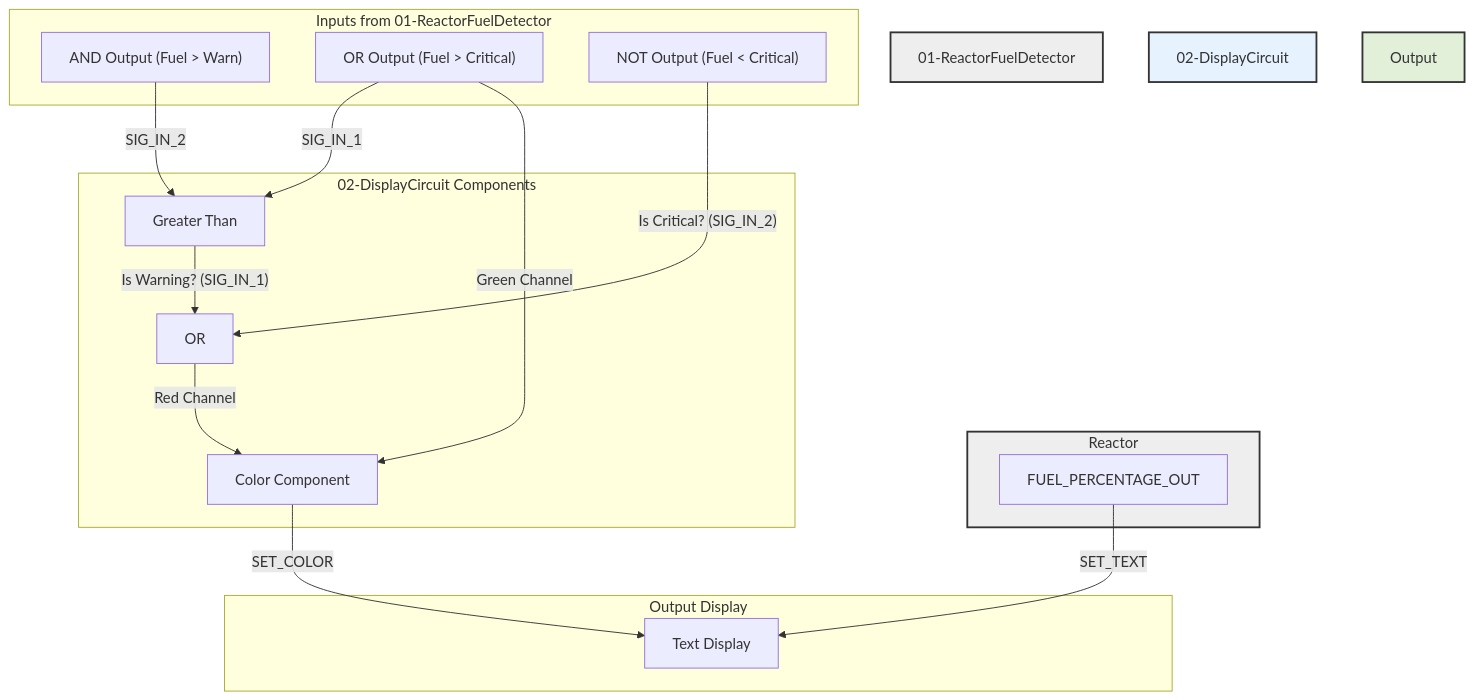
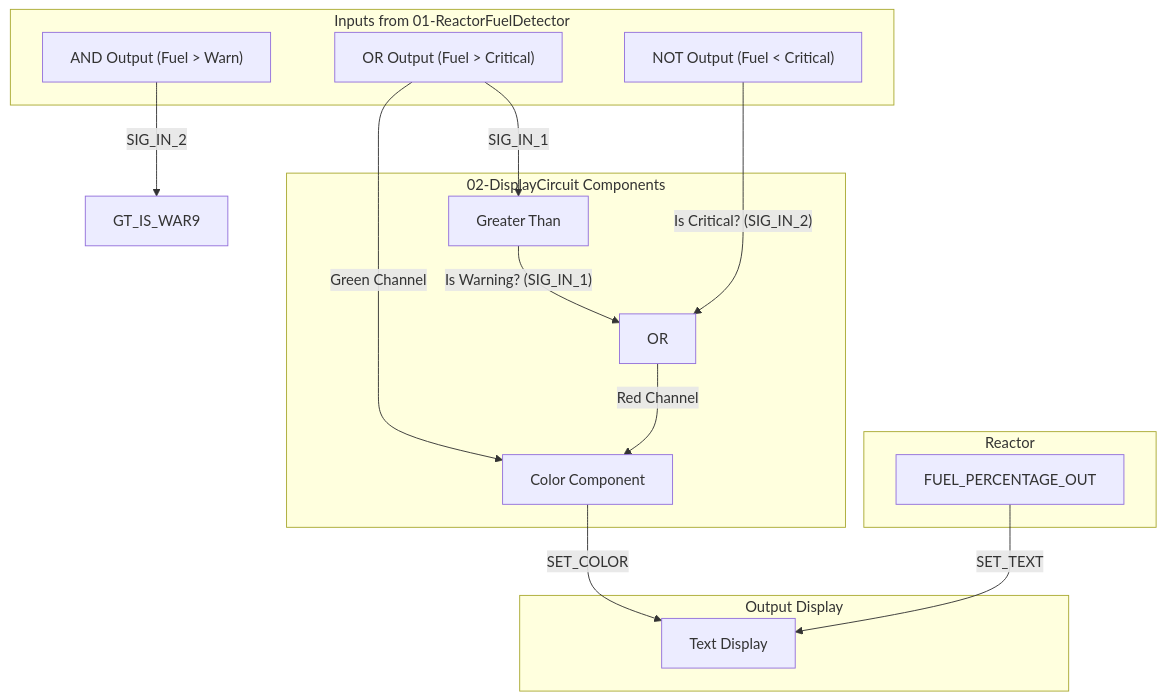
Before and after one commit to Xavrax/barotrauma: the diagram in summer_2k25_0/02-ReactorFuelDisplay.md, drawn with Mermaid.

Commit message:
remove styles

````diff
--- a/summer_2k25_0/02-ReactorFuelDisplay.md
+++ b/summer_2k25_0/02-ReactorFuelDisplay.md
@@ -45,39 +45,35 @@
 ```mermaid
 graph TD
     subgraph "Inputs from 01-ReactorFuelDetector"
-        style 01-ReactorFuelDetector fill:#eee,stroke:#333,stroke-width:2px
         IN_AND["AND Output (Fuel > Warn)"]
         IN_OR["OR Output (Fuel > Critical)"]
         IN_NOT["NOT Output (Fuel < Critical)"]
     end
 
     subgraph "Reactor"
-        style Reactor fill:#eee,stroke:#333,stroke-width:2px
         FUEL_PERCENT["FUEL_PERCENTAGE_OUT"]
     end
 
     subgraph "02-DisplayCircuit Components"
-        style 02-DisplayCircuit fill:#e6f3ff,stroke:#333,stroke-width:2px
         GT_IS_WARN["Greater Than"]
         OR_WARN_OR_CRIT["OR"]
         COLOR["Color Component"]
     end
 
     subgraph "Output Display"
-        style Output fill:#e2f0d9,stroke:#333,stroke-width:2px
         TEXT_DISPLAY["Text Display"]
     end
     
     IN_OR -- "SIG_IN_1" --> GT_IS_WARN
-    IN_AND -- "SIG_IN_2" --> GT_IS_WARN
+    IN_AND -- "SIG_IN_2" --> GT_IS_WAR9
 
     GT_IS_WARN -- "Is Warning? (SIG_IN_1)" --> OR_WARN_OR_CRIT
     IN_NOT -- "Is Critical? (SIG_IN_2)" --> OR_WARN_OR_CRIT
     
     OR_WARN_OR_CRIT -- "Red Channel" --> COLOR
     IN_OR -- "Green Channel" --> COLOR
 
     COLOR -- "SET_COLOR" --> TEXT_DISPLAY
     FUEL_PERCENT -- "SET_TEXT" --> TEXT_DISPLAY
 
 ```
````
